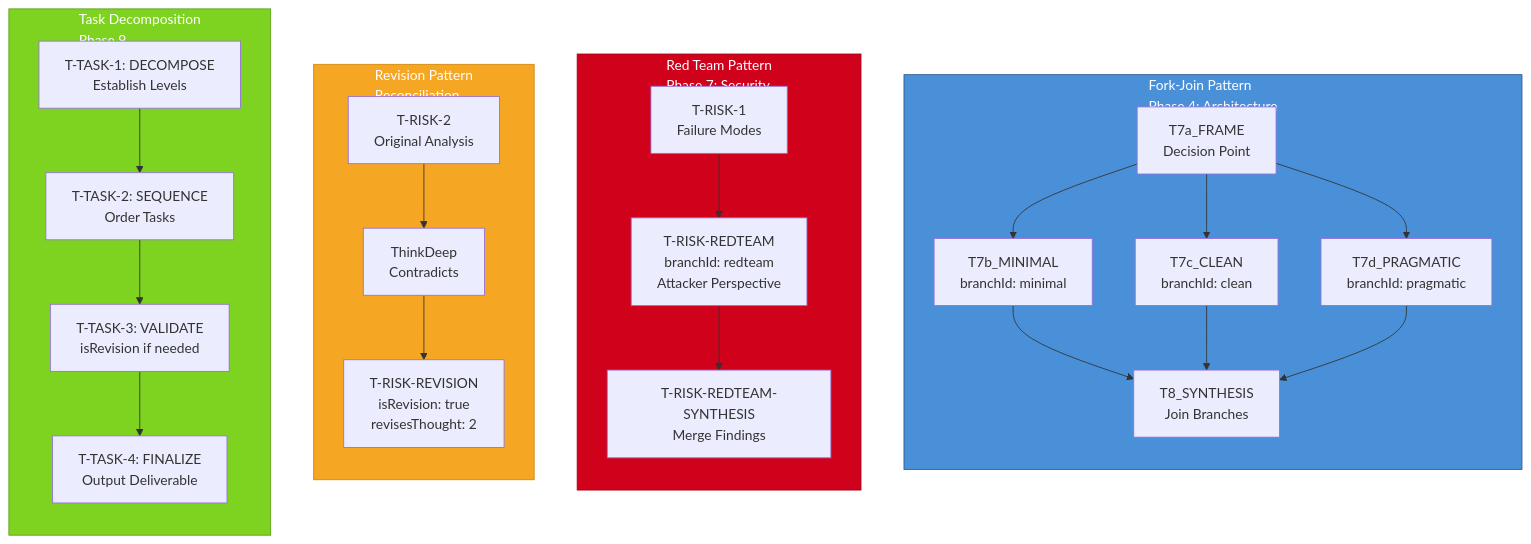
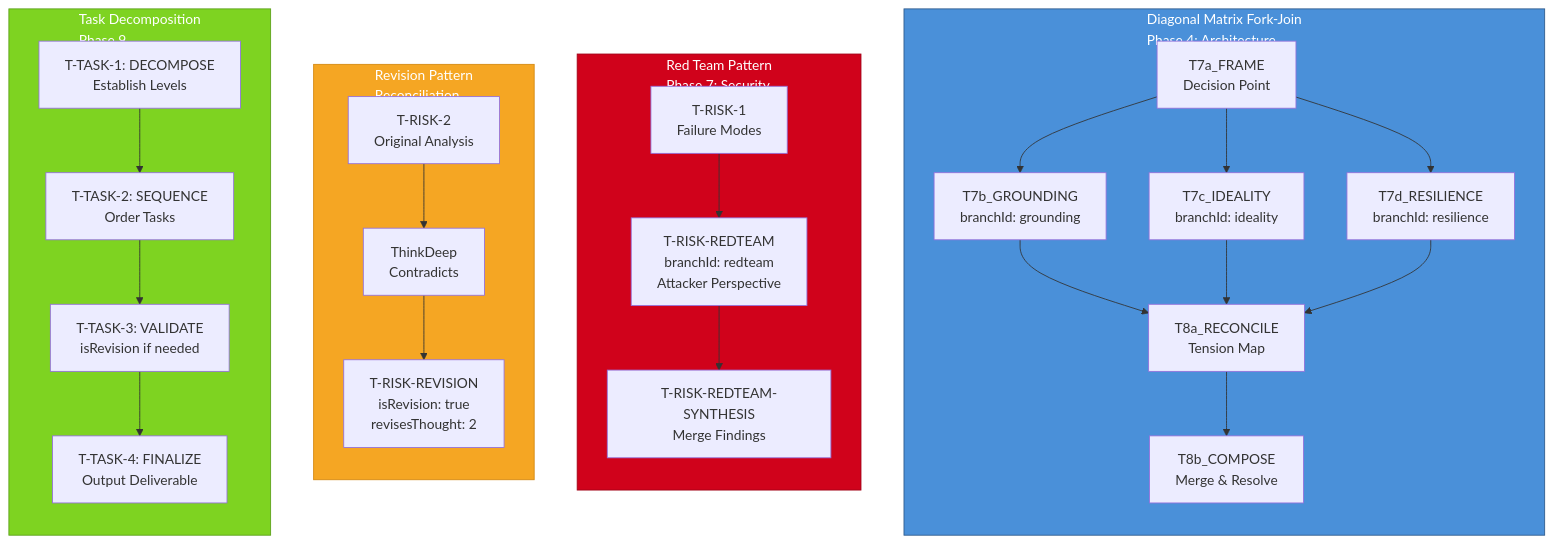
Before and after one commit to g3nx89/carlas-pantry: the seventh of 11 diagrams in plugins/product-planning/docs/workflow-diagram.md, drawn with Mermaid. The commit also changed other lines of this file and 48 other files, not shown here.

````diff
--- a/plugins/product-planning/docs/workflow-diagram.md
+++ b/plugins/product-planning/docs/workflow-diagram.md
@@ -527,47 +531,48 @@
 ```mermaid
 flowchart TB
-    subgraph FORKJOIN["Fork-Join Pattern<br/>Phase 4: Architecture"]
+    subgraph FORKJOIN["Diagonal Matrix Fork-Join<br/>Phase 4: Architecture"]
         direction TB
         F1["T7a_FRAME<br/>Decision Point"]
-        F2["T7b_MINIMAL<br/>branchId: minimal"]
-        F3["T7c_CLEAN<br/>branchId: clean"]
-        F4["T7d_PRAGMATIC<br/>branchId: pragmatic"]
-        F5["T8_SYNTHESIS<br/>Join Branches"]
+        F2["T7b_GROUNDING<br/>branchId: grounding"]
+        F3["T7c_IDEALITY<br/>branchId: ideality"]
+        F4["T7d_RESILIENCE<br/>branchId: resilience"]
+        F5a["T8a_RECONCILE<br/>Tension Map"]
+        F5b["T8b_COMPOSE<br/>Merge & Resolve"]
 
         F1 --> F2 & F3 & F4
-        F2 & F3 & F4 --> F5
+        F2 & F3 & F4 --> F5a --> F5b
     end
 
     subgraph REDTEAM["Red Team Pattern<br/>Phase 7: Security"]
         direction TB
         R1["T-RISK-1<br/>Failure Modes"]
         R2["T-RISK-REDTEAM<br/>branchId: redteam<br/>Attacker Perspective"]
         R3["T-RISK-REDTEAM-SYNTHESIS<br/>Merge Findings"]
 
         R1 --> R2 --> R3
     end
 
     subgraph REVISION["Revision Pattern<br/>Reconciliation"]
         direction TB
         V1["T-RISK-2<br/>Original Analysis"]
         V2["ThinkDeep<br/>Contradicts"]
         V3["T-RISK-REVISION<br/>isRevision: true<br/>revisesThought: 2"]
 
         V1 --> V2 --> V3
     end
 
     subgraph TASK["Task Decomposition<br/>Phase 9"]
         direction TB
         K1["T-TASK-1: DECOMPOSE<br/>Establish Levels"]
         K2["T-TASK-2: SEQUENCE<br/>Order Tasks"]
         K3["T-TASK-3: VALIDATE<br/>isRevision if needed"]
         K4["T-TASK-4: FINALIZE<br/>Output Deliverable"]
 
         K1 --> K2 --> K3 --> K4
     end
 
     style FORKJOIN fill:#4A90D9,stroke:#2E5A8B,color:#fff
     style REDTEAM fill:#D0021B,stroke:#A00216,color:#fff
     style REVISION fill:#F5A623,stroke:#D4880F,color:#fff
     style TASK fill:#7ED321,stroke:#5BA018,color:#fff
 ```
````
